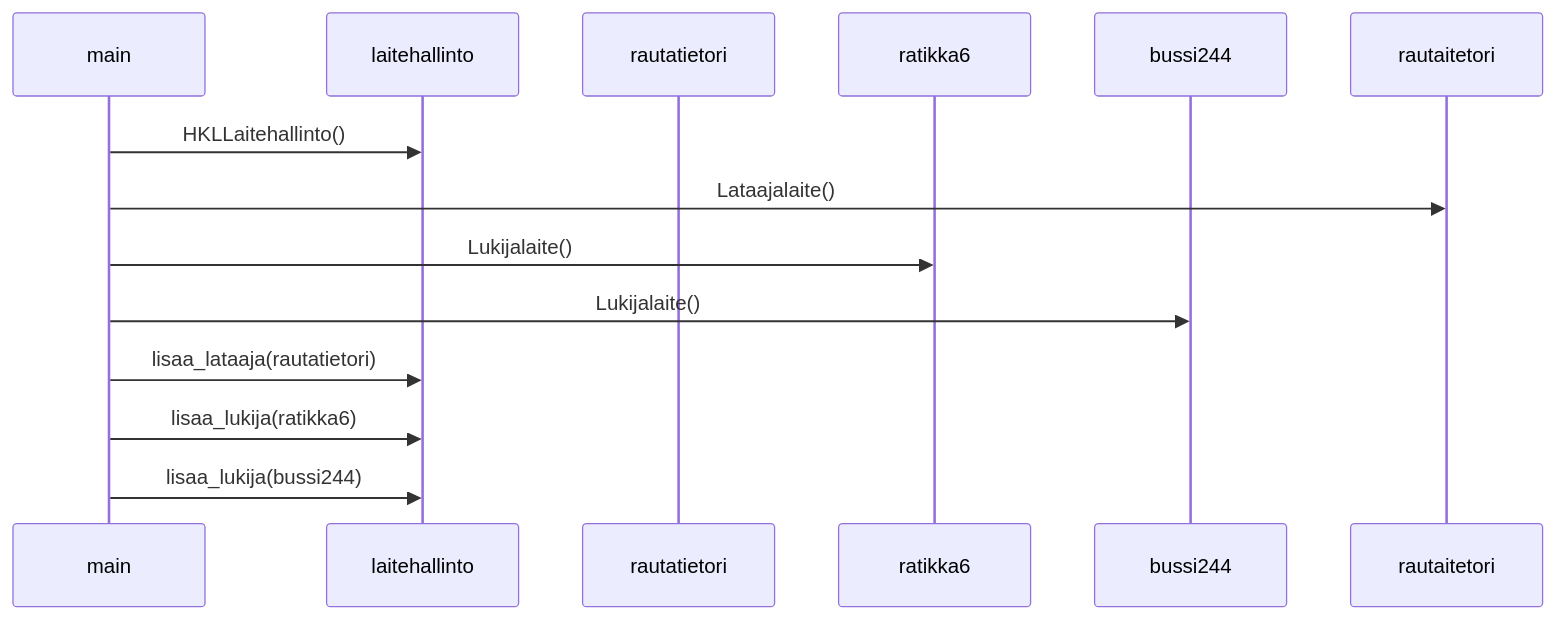
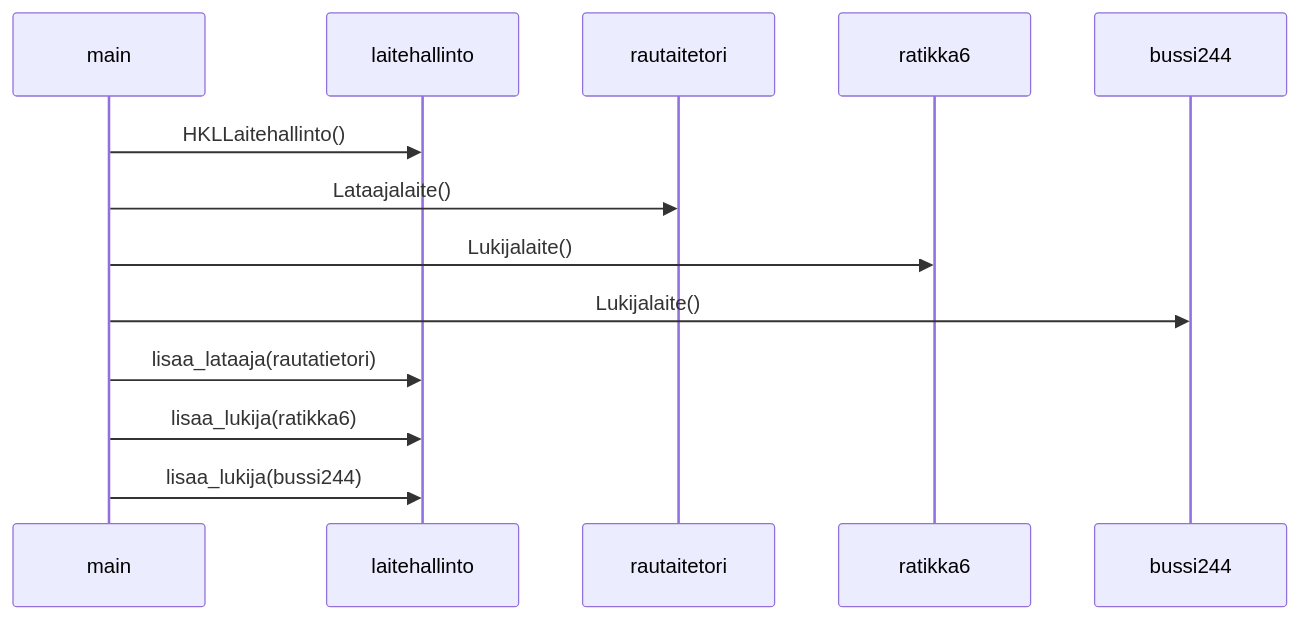
One commit to annica-henriette/ot-harjoitustyo changed the diagram in laskarit/viikko3/sekvenssikaavio.md. Above: the diagram before and after it, drawn with Mermaid.

Commit message:
added sequence diagram

````diff
--- a/laskarit/viikko3/sekvenssikaavio.md
+++ b/laskarit/viikko3/sekvenssikaavio.md
@@ -1,16 +1,12 @@
 ```mermaid
 sequenceDiagram
     participant main
-    participant laitehallinto
-    participant rautatietori
-    participant ratikka6
-    participant bussi244
-
+    
     main->>laitehallinto: HKLLaitehallinto()
     main->>rautaitetori: Lataajalaite()
     main->>ratikka6: Lukijalaite()
     main->>bussi244: Lukijalaite()
     main->>laitehallinto: lisaa_lataaja(rautatietori)
     main->>laitehallinto: lisaa_lukija(ratikka6)
     main->>laitehallinto: lisaa_lukija(bussi244)
 ```
````
